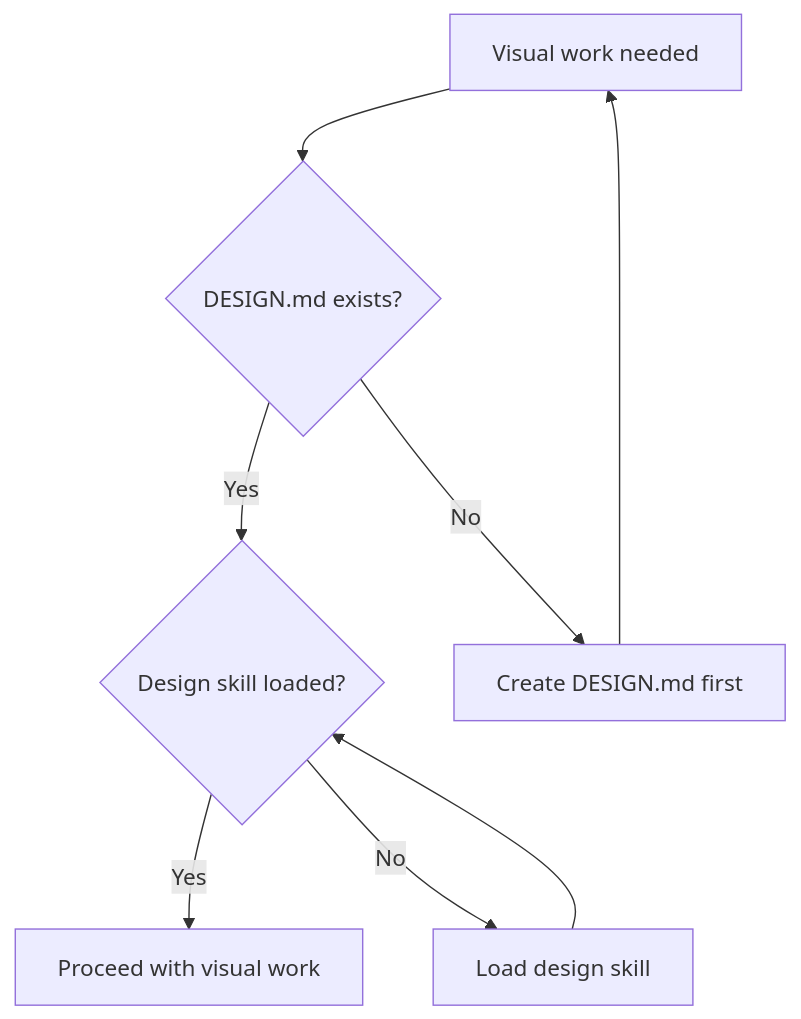
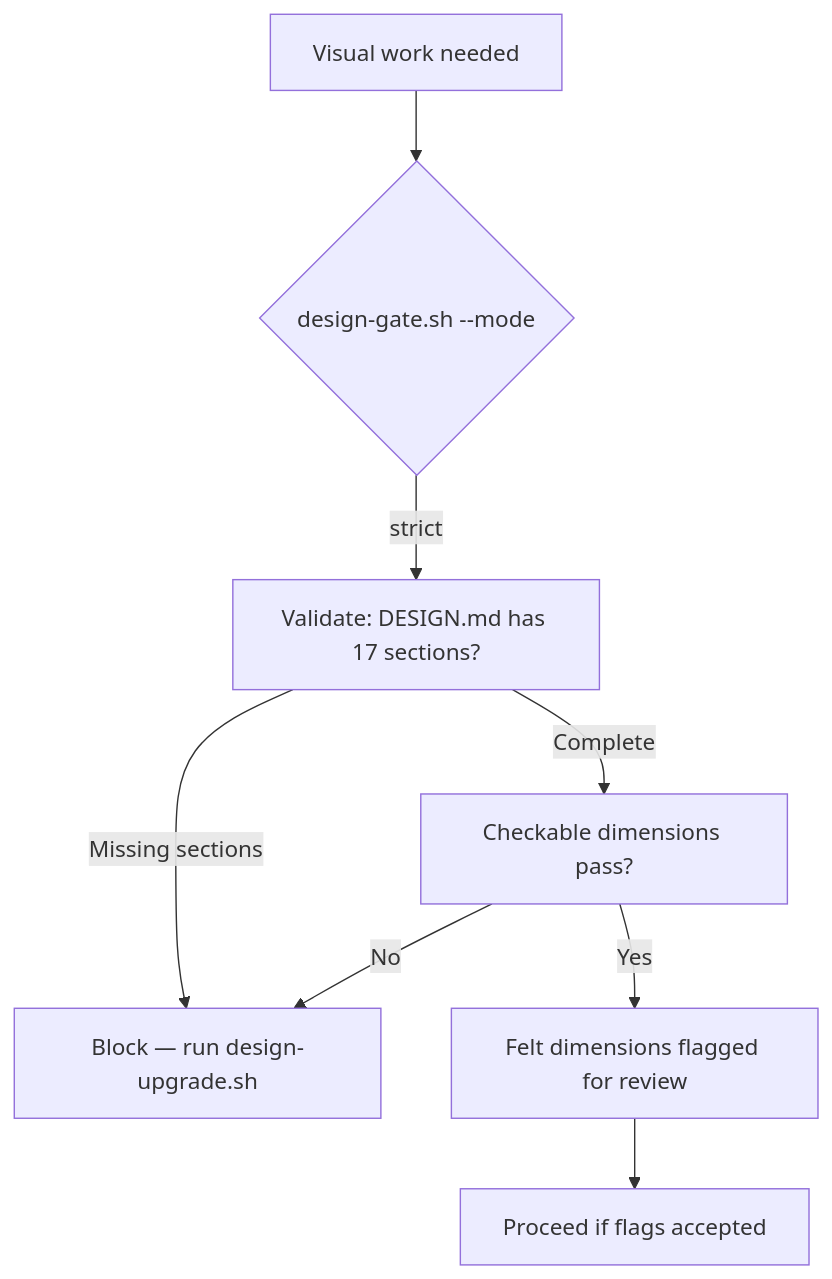
One commit to juandelossantos/another-agent-skills changed the seventh of 9 diagrams in PATTERNS.md. Above: the diagram before and after it, drawn with Mermaid. The commit also changed other lines of this file and 23 other files, not shown here.

````diff
--- a/PATTERNS.md
+++ b/PATTERNS.md
@@ -177,10 +177,10 @@
 ```mermaid
 flowchart TD
-    A["Visual work needed"] --> B{"DESIGN.md exists?"}
-    B -->|Yes| C{"Design skill loaded?"}
-    B -->|No| D["Create DESIGN.md first"]
-    D --> A
-    C -->|Yes| E["Proceed with visual work"]
-    C -->|No| F["Load design skill"]
-    F --> C
+    A["Visual work needed"] --> B{"design-gate.sh --mode"}
+    B -->|strict| C["Validate: DESIGN.md has 17 sections?"]
+    C -->|Missing sections| D["Block — run design-upgrade.sh"]
+    C -->|Complete| E["Checkable dimensions pass?"]
+    E -->|No| D
+    E -->|Yes| F["Felt dimensions flagged for review"]
+    F --> G["Proceed if flags accepted"]
 ```
````
